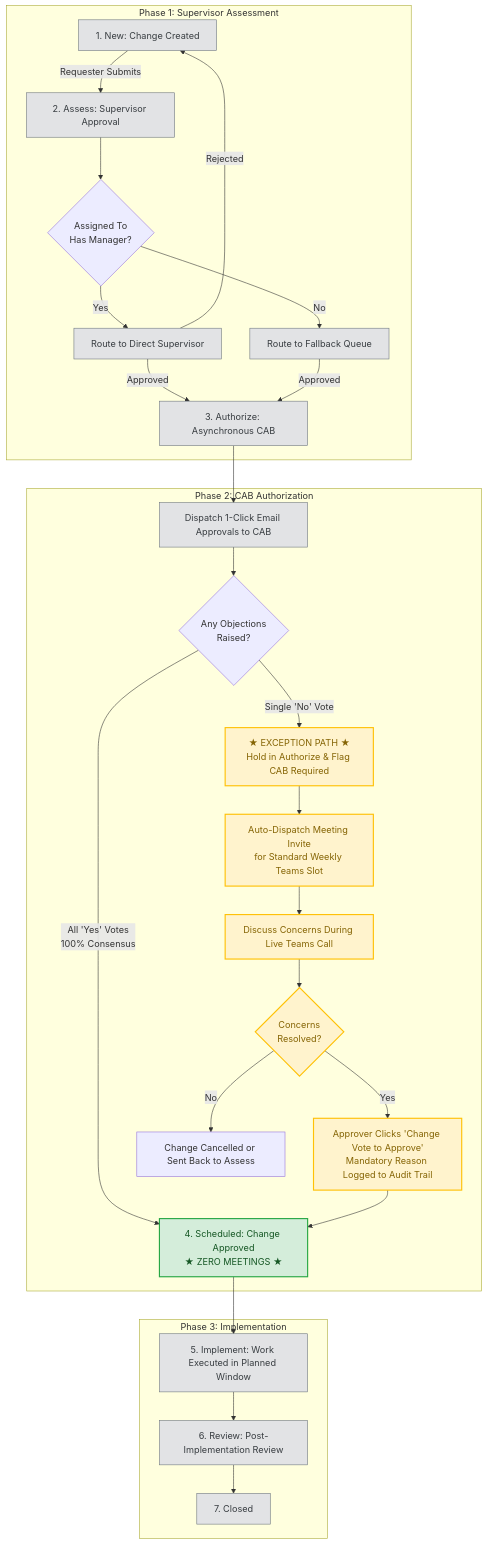
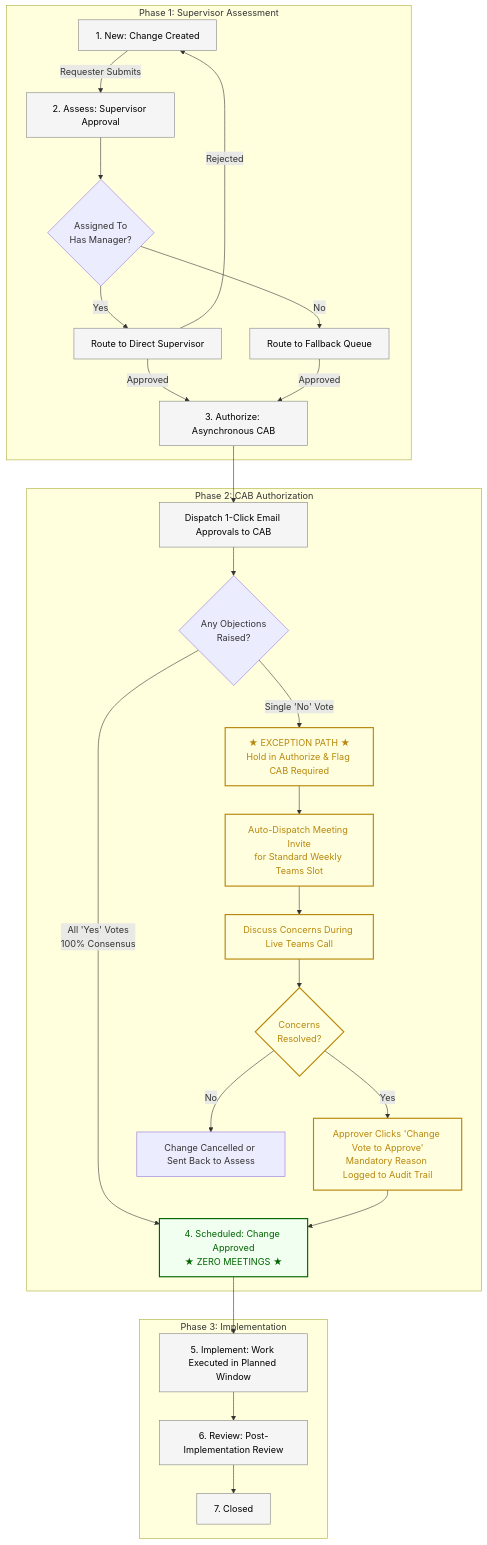
Before and after one commit to th3x1v/ServiceNow_Small_Implementation: the diagram in Change Management/Normal_Change_Process_Brief.md, drawn with Mermaid. The commit also changed 15 other files, not shown here.

````diff
--- a/Change Management/Normal_Change_Process_Brief.md
+++ b/Change Management/Normal_Change_Process_Brief.md
@@ -18,44 +18,44 @@
 ```mermaid
 flowchart TD
     A[1. New: Change Created] -->|Requester Submits| B[2. Assess: Supervisor Approval]
     
     subgraph Assess_Stage [Phase 1: Supervisor Assessment]
         B --> C{Assigned To<br/>Has Manager?}
         C -->|Yes| D[Route to Direct Supervisor]
         C -->|No| E[Route to Fallback Queue]
         D -->|Approved| F[3. Authorize: Asynchronous CAB]
         E -->|Approved| F
         D -->|Rejected| A
     end
 
     subgraph Authorize_Stage [Phase 2: CAB Authorization]
         F --> G[Dispatch 1-Click Email Approvals to CAB]
         G --> H{Any Objections<br/>Raised?}
         
         %% Happy Path
         H -->|All 'Yes' Votes<br/>100% Consensus| I[4. Scheduled: Change Approved<br/>★ ZERO MEETINGS ★]
         
         %% Exception Path
         H -->|Single 'No' Vote| J[★ EXCEPTION PATH ★<br/>Hold in Authorize & Flag CAB Required]
         J --> K[Auto-Dispatch Meeting Invite<br/>for Standard Weekly Teams Slot]
         K --> L[Discuss Concerns During Live Teams Call]
         L --> M{Concerns<br/>Resolved?}
         M -->|Yes| N[Approver Clicks 'Change Vote to Approve'<br/>Mandatory Reason Logged to Audit Trail]
         N --> I
         M -->|No| O[Change Cancelled or Sent Back to Assess]
     end
 
     subgraph Execution [Phase 3: Implementation]
         I --> P[5. Implement: Work Executed in Planned Window]
         P --> Q[6. Review: Post-Implementation Review]
         Q --> R[7. Closed]
     end
 
-    classDef happyPath fill:#d4edda,stroke:#28a745,stroke-width:2px,color:#155724;
-    classDef exceptionPath fill:#fff3cd,stroke:#ffc107,stroke-width:2px,color:#856404;
-    classDef normalStage fill:#e2e3e5,stroke:#6c757d,stroke-width:1px,color:#383d41;
+    classDef happyPath fill:honeydew,stroke:darkgreen,stroke-width:2px,color:darkgreen;
+    classDef exceptionPath fill:lightyellow,stroke:darkgoldenrod,stroke-width:2px,color:darkgoldenrod;
+    classDef normalStage fill:whitesmoke,stroke:gray,stroke-width:1px,color:black;
 
     class I happyPath;
     class J,K,L,M,N exceptionPath;
     class A,B,D,E,F,G,P,Q,R normalStage;
 ```
````
